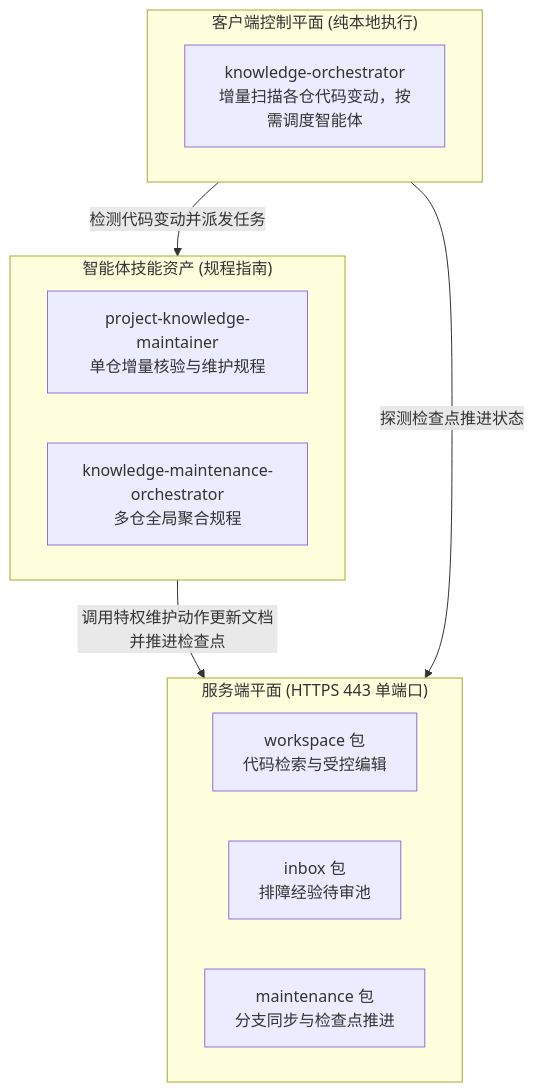
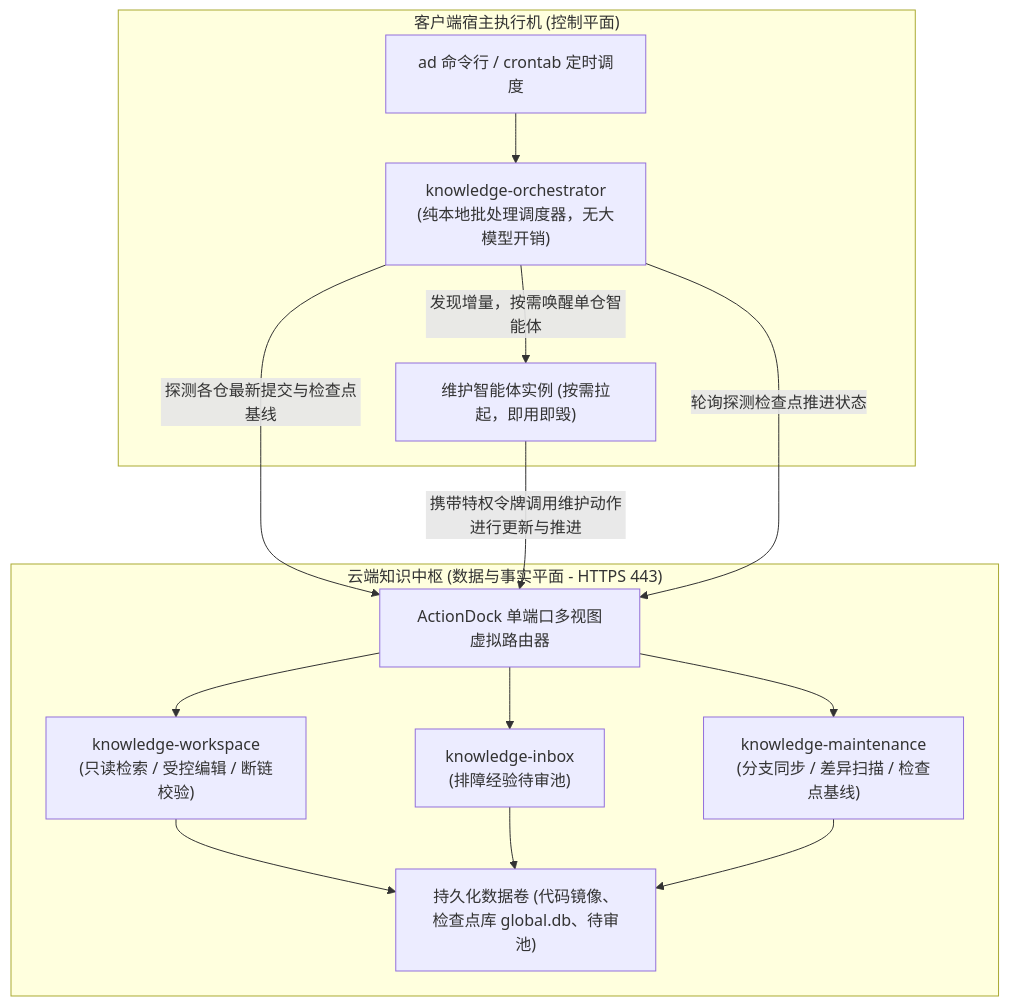
Before and after one commit to fjay/knowledge-dock: the first of 5 diagrams in docs/architecture.md, drawn with Mermaid. The commit also changed other lines of this file and 4 other files, not shown here.

````diff
--- a/docs/architecture.md
+++ b/docs/architecture.md
@@ -9,21 +51,28 @@
 ```mermaid
 flowchart TD
-    subgraph ClientPlane ["客户端控制平面 (纯本地执行)"]
-        Orchestrator["knowledge-orchestrator<br/>增量扫描各仓代码变动，按需调度智能体"]
+    subgraph ClientHost ["客户端宿主执行机 (控制平面)"]
+        CLI["ad 命令行 / crontab 定时调度"]
+        Orchestrator["knowledge-orchestrator<br/>(纯本地批处理调度器，无大模型开销)"]
+        AgentWorker["维护智能体实例 (按需拉起，即用即毁)"]
     end
 
-    subgraph SkillsPlane ["智能体技能资产 (规程指南)"]
-        Maintainer["project-knowledge-maintainer<br/>单仓增量核验与维护规程"]
-        OrchestratorSkill["knowledge-maintenance-orchestrator<br/>多仓全局聚合规程"]
+    subgraph CloudServer ["云端知识中枢 (数据与事实平面 - HTTPS 443)"]
+        Router["ActionDock 单端口多视图虚拟路由器"]
+        WorkspacePkg["knowledge-workspace<br/>(只读检索 / 受控编辑 / 断链校验)"]
+        InboxPkg["knowledge-inbox<br/>(排障经验待审池)"]
+        MaintenancePkg["knowledge-maintenance<br/>(分支同步 / 差异扫描 / 检查点基线)"]
+        Storage["持久化数据卷 (代码镜像、检查点库 global.db、待审池)"]
     end
 
-    subgraph ServerPlane ["服务端平面 (HTTPS 443 单端口)"]
-        Workspace["workspace 包<br/>代码检索与受控编辑"]
-        Inbox["inbox 包<br/>排障经验待审池"]
-        Maintenance["maintenance 包<br/>分支同步与检查点推进"]
-    end
-
-    ClientPlane -->|"检测代码变动并派发任务"| SkillsPlane
-    SkillsPlane -->|"调用特权维护动作更新文档并推进检查点"| ServerPlane
-    ClientPlane -->|"探测检查点推进状态"| ServerPlane
+    CLI --> Orchestrator
+    Orchestrator -->|"探测各仓最新提交与检查点基线"| Router
+    Orchestrator -->|"发现增量，按需唤醒单仓智能体"| AgentWorker
+    AgentWorker -->|"携带特权令牌调用维护动作进行更新与推进"| Router
+    Router --> WorkspacePkg
+    Router --> InboxPkg
+    Router --> MaintenancePkg
+    WorkspacePkg --> Storage
+    InboxPkg --> Storage
+    MaintenancePkg --> Storage
+    Orchestrator -->|"轮询探测检查点推进状态"| Router
 ```
````
